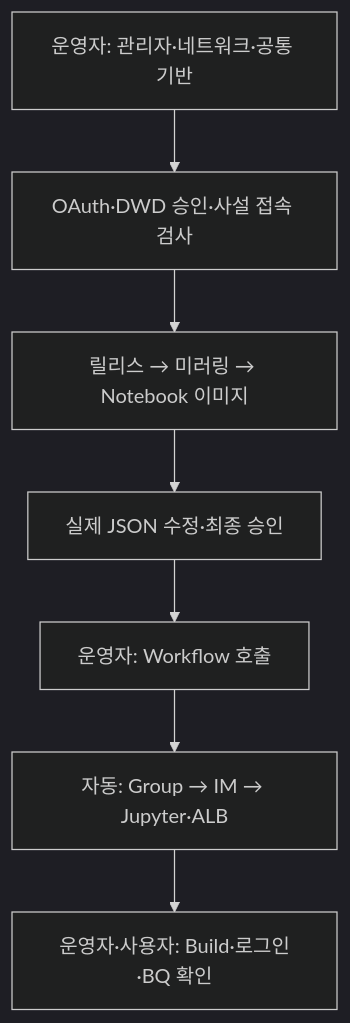
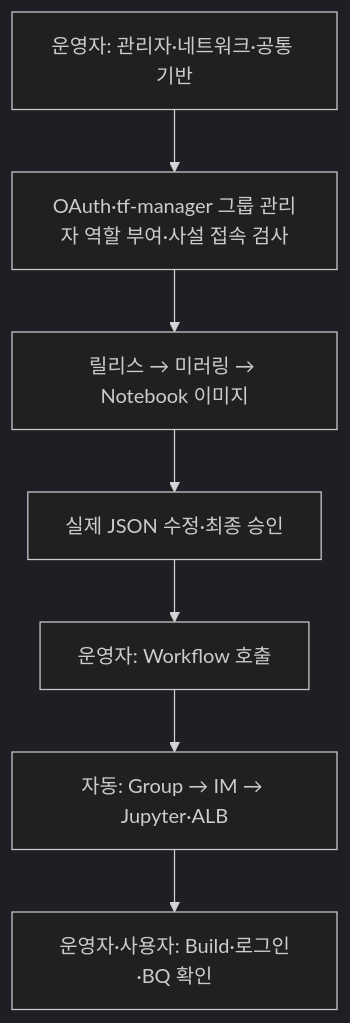
One commit to sonmap/GCP_SBX_Test01 changed the first of 4 diagrams in 01.docs/file-relationships.md. Above: the diagram before and after it, drawn with Mermaid (dark theme). The commit also changed other lines of this file and 28 other files, not shown here.

````diff
--- a/01.docs/file-relationships.md
+++ b/01.docs/file-relationships.md
@@ -7,9 +7,9 @@
 ```mermaid
 flowchart TD
-  A["운영자: 관리자·네트워크·공통 기반"] --> B["OAuth·DWD 승인·사설 접속 검사"]
+  A["운영자: 관리자·네트워크·공통 기반"] --> B["OAuth·tf-manager 그룹 관리자 역할 부여·사설 접속 검사"]
   B --> C["릴리스 → 미러링 → Notebook 이미지"]
   C --> D["실제 JSON 수정·최종 승인"]
   D --> E["운영자: Workflow 호출"]
   E --> F["자동: Group → IM → Jupyter·ALB"]
   F --> G["운영자·사용자: Build·로그인·BQ 확인"]
 ```
````
